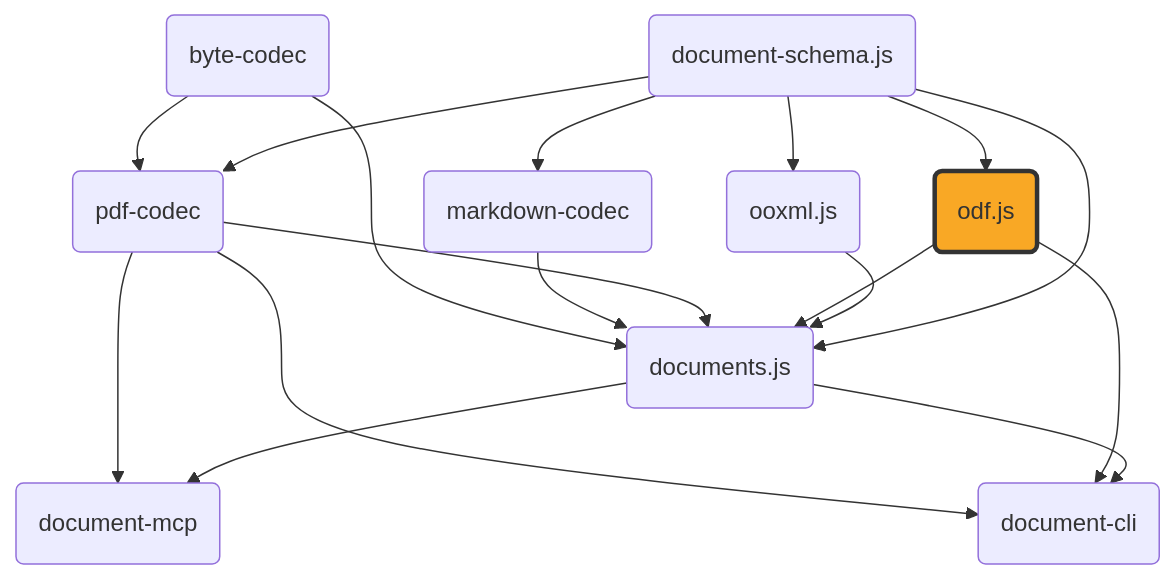
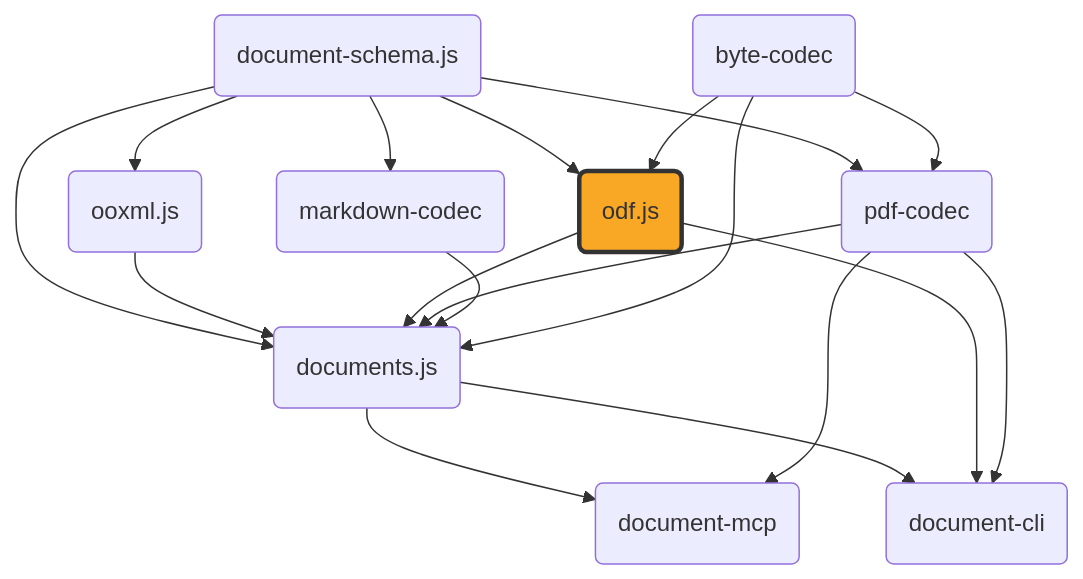
One commit to ExaDev/documents.js changed the diagram in packages/odf.js/README.md. Above: the diagram before and after it, drawn with Mermaid. The commit also changed 18 other files, not shown here.

````diff
--- a/packages/odf.js/README.md
+++ b/packages/odf.js/README.md
@@ -11,41 +11,42 @@
 ```mermaid
 graph TD
     schema("document-schema.js")
     ooxml("ooxml.js")
     odf("odf.js")
     pdfcodec("pdf-codec")
     mdcodec("markdown-codec")
     bytecodec("byte-codec")
     documents("documents.js")
     mcp("document-mcp")
     cli("document-cli")
 
     schema --> ooxml
     schema --> odf
     schema --> pdfcodec
     schema --> mdcodec
     schema --> documents
     ooxml --> documents
     odf --> documents
     pdfcodec --> documents
     mdcodec --> documents
     bytecodec --> pdfcodec
+    bytecodec --> odf
     bytecodec --> documents
     documents --> mcp
     pdfcodec --> mcp
     documents --> cli
     odf --> cli
     pdfcodec --> cli
 
     click schema "https://github.com/ExaDev/documents.js/tree/main/packages/document-schema.js" "document-schema.js"
     click ooxml "https://github.com/ExaDev/documents.js/tree/main/packages/ooxml.js" "ooxml.js"
     click odf "https://github.com/ExaDev/documents.js/tree/main/packages/odf.js" "odf.js"
     click pdfcodec "https://github.com/ExaDev/documents.js/tree/main/packages/pdf-codec" "pdf-codec"
     click mdcodec "https://github.com/ExaDev/documents.js/tree/main/packages/markdown-codec" "markdown-codec"
     click bytecodec "https://github.com/ExaDev/documents.js/tree/main/packages/byte-codec" "byte-codec"
     click documents "https://github.com/ExaDev/documents.js" "documents.js"
     click mcp "https://github.com/ExaDev/documents.js/tree/main/packages/document-mcp" "document-mcp"
     click cli "https://github.com/ExaDev/documents.js/tree/main/packages/document-cli" "document-cli"
 
     style odf fill:#f9a825,stroke:#333,stroke-width:3px
 ```
````
